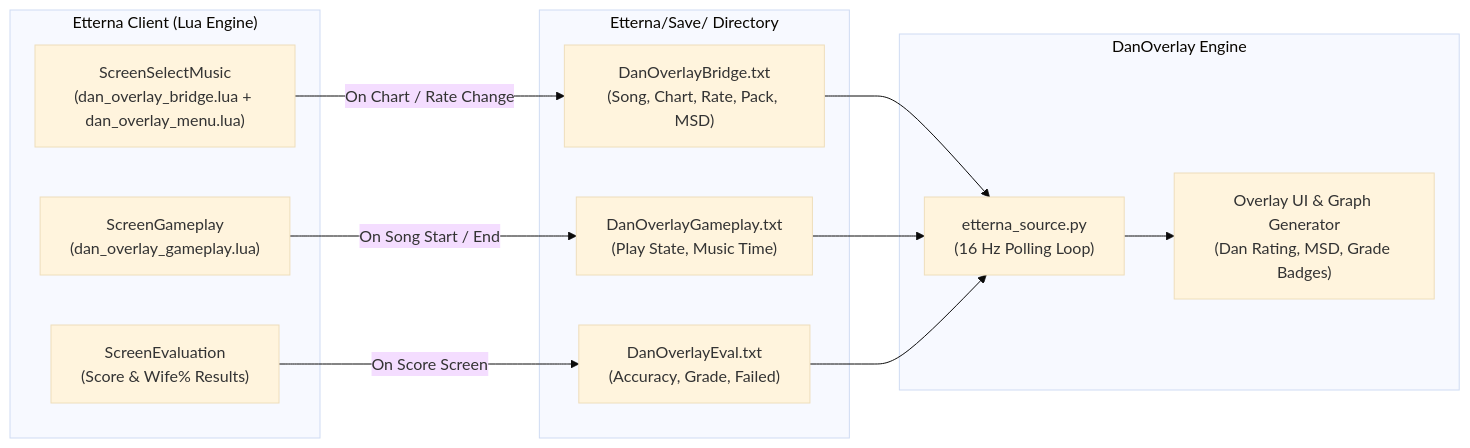
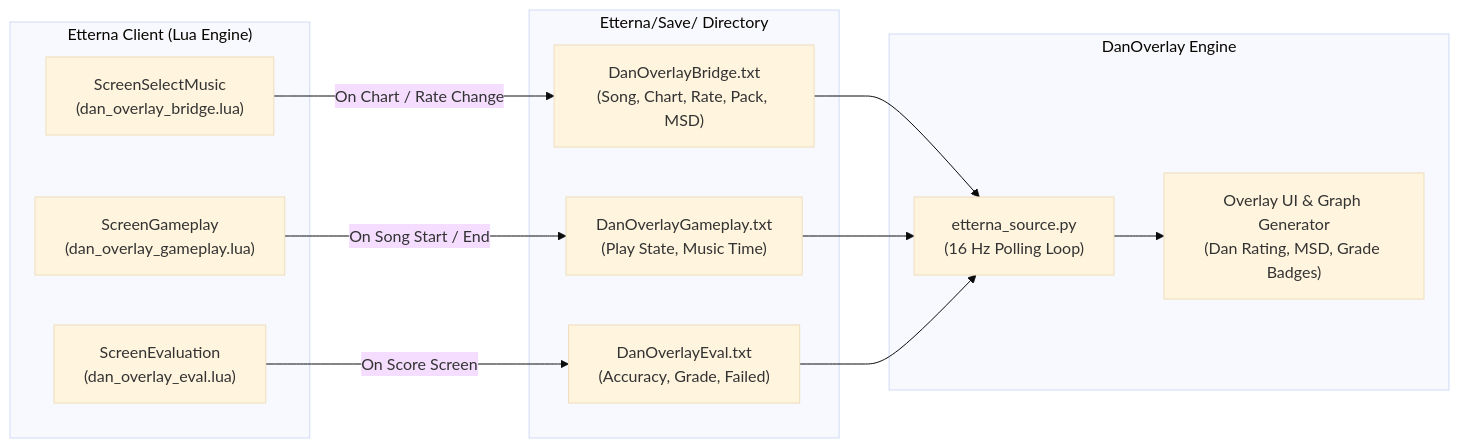
Before and after one commit to acarranzao1a-png/Dan-Overlay: the diagram in src/02_runtime_bridge/etterna/bridges/README.md, drawn with Mermaid (base theme). The commit also changed other lines of this file and 1 other file, not shown here.

Commit message:
docs: update Etterna bridge installation guide

````diff
--- a/src/02_runtime_bridge/etterna/bridges/README.md
+++ b/src/02_runtime_bridge/etterna/bridges/README.md
@@ -11,24 +11,24 @@
 ```mermaid
 flowchart LR
     subgraph ETTERNA["Etterna Client (Lua Engine)"]
-        SSM["ScreenSelectMusic<br/>(dan_overlay_bridge.lua + dan_overlay_menu.lua)"]
+        SSM["ScreenSelectMusic<br/>(dan_overlay_bridge.lua)"]
         SGP["ScreenGameplay<br/>(dan_overlay_gameplay.lua)"]
-        SEV["ScreenEvaluation<br/>(Score & Wife% Results)"]
+        SEV["ScreenEvaluation<br/>(dan_overlay_eval.lua)"]
     end
 
     subgraph SAVE["Etterna/Save/ Directory"]
         F_BR["DanOverlayBridge.txt<br/>(Song, Chart, Rate, Pack, MSD)"]
         F_GP["DanOverlayGameplay.txt<br/>(Play State, Music Time)"]
         F_EV["DanOverlayEval.txt<br/>(Accuracy, Grade, Failed)"]
     end
 
     subgraph OVERLAY["DanOverlay Engine"]
         ES["etterna_source.py<br/>(16 Hz Polling Loop)"]
         UI["Overlay UI & Graph Generator<br/>(Dan Rating, MSD, Grade Badges)"]
     end
 
     SSM -->|On Chart / Rate Change| F_BR
     SGP -->|On Song Start / End| F_GP
     SEV -->|On Score Screen| F_EV
     F_BR & F_GP & F_EV --> ES --> UI
 ```
````
